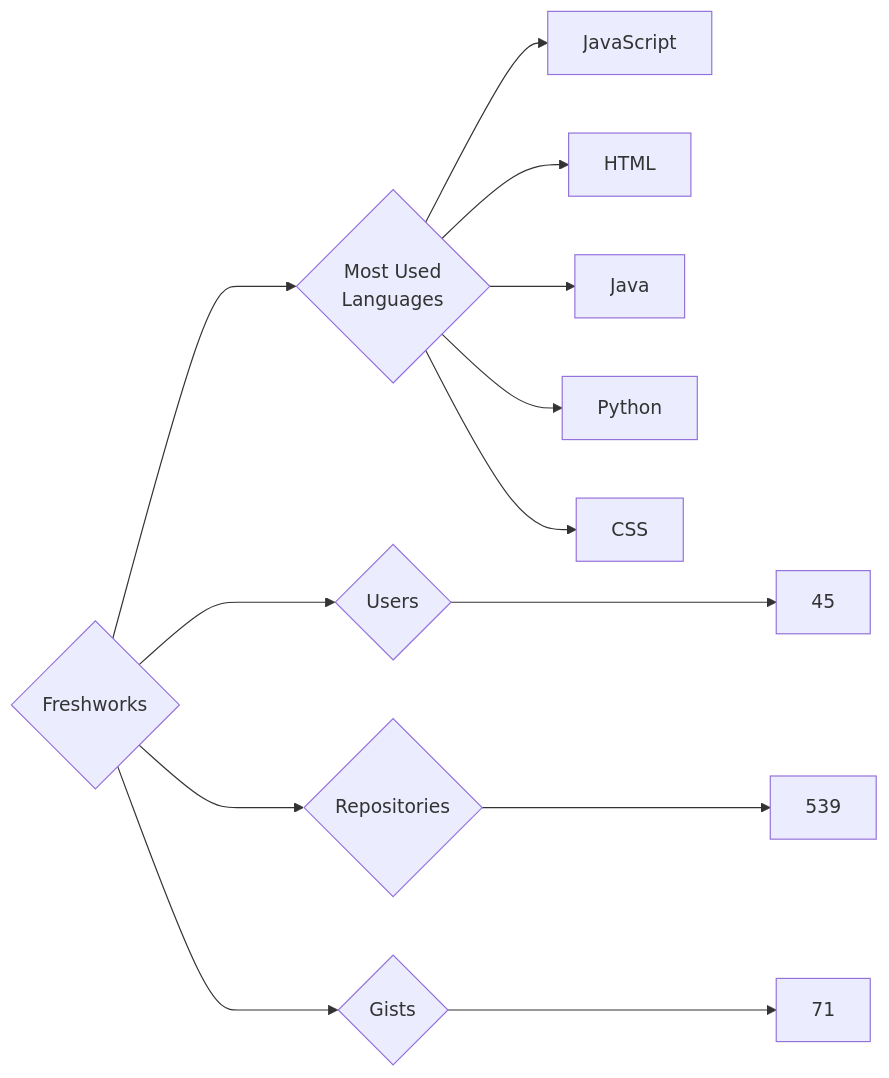
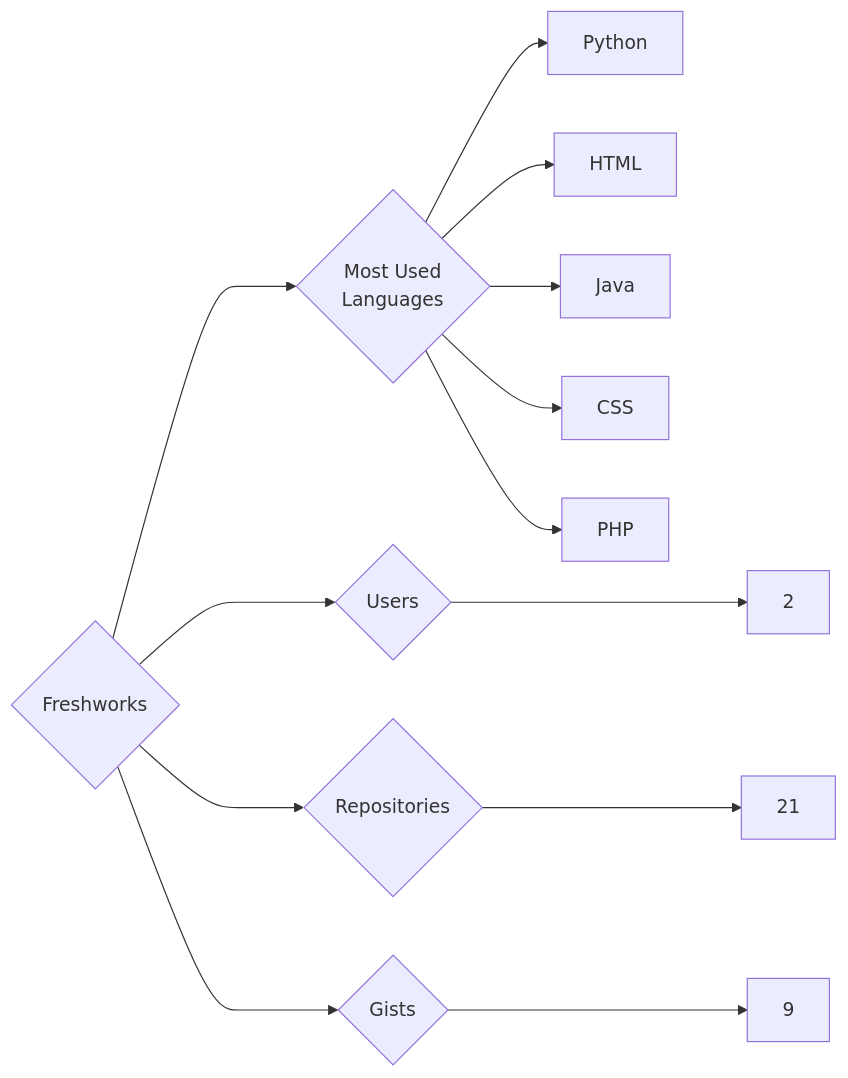
One commit to trickest/insiders changed the diagram in targets/Freshworks/README.md. Above: the diagram before and after it, drawn with Mermaid. The commit also changed 676 other files, not shown here.

````diff
--- a/targets/Freshworks/README.md
+++ b/targets/Freshworks/README.md
@@ -3,13 +3,13 @@
 ```mermaid
 graph LR
 COMPANY_NAME{Freshworks}
-COMPANY_NAME ---> U{Users} ---> UN[45]
-COMPANY_NAME ---> R{Repositories} ---> RN[539]
-COMPANY_NAME ---> G{Gists} ---> GN[71]
+COMPANY_NAME ---> U{Users} ---> UN[2]
+COMPANY_NAME ---> R{Repositories} ---> RN[21]
+COMPANY_NAME ---> G{Gists} ---> GN[9]
 COMPANY_NAME ---> ML{Most Used<br>Languages}
-ML --> JavaScript[JavaScript]
+ML --> Python[Python]
 ML --> HTML[HTML]
 ML --> Java[Java]
-ML --> Python[Python]
 ML --> CSS[CSS]
+ML --> PHP[PHP]
 ```
````
